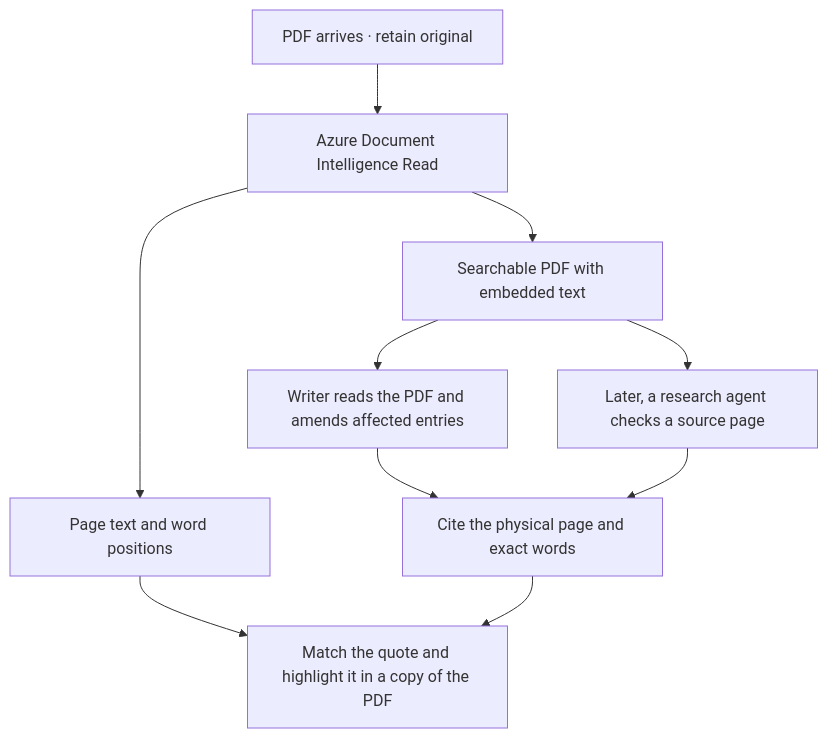
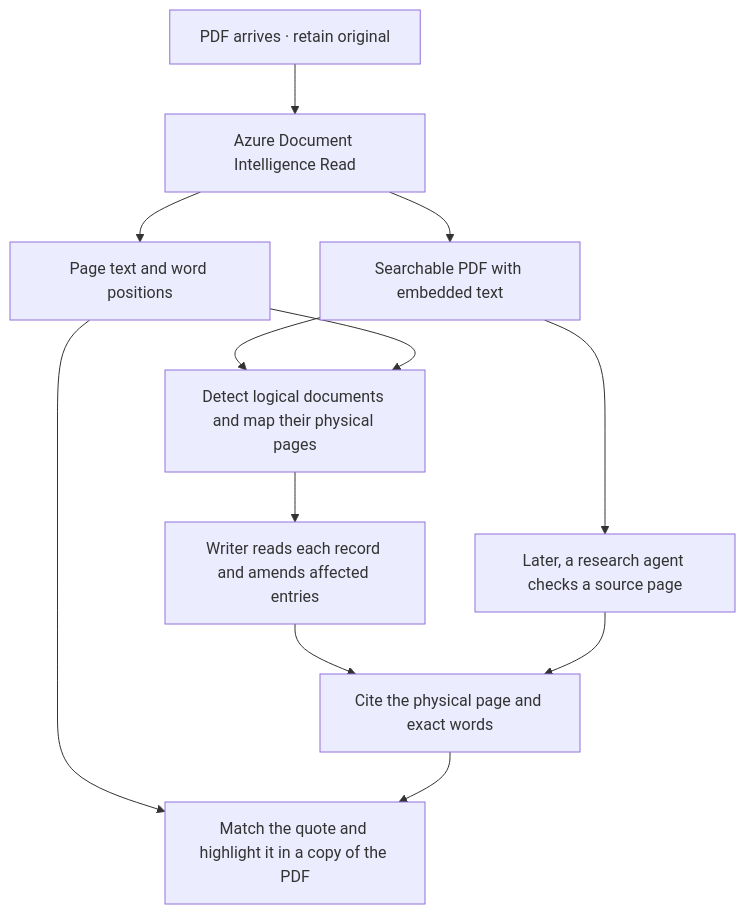
Before and after one commit to LenDoStuff/documents2wiki: the diagram in approach/ingestion.md, drawn with Mermaid. The commit also changed other lines of this file and 11 other files, not shown here.

````diff
--- a/approach/ingestion.md
+++ b/approach/ingestion.md
@@ -7,12 +9,14 @@
 ```mermaid
 flowchart TD
     P["PDF arrives · retain original"] --> R["Azure Document Intelligence Read"]
     R --> F["Searchable PDF with embedded text"]
     R --> T["Page text and word positions"]
-    F --> W["Writer reads the PDF and amends affected entries"]
+    F --> B["Detect logical documents and map their physical pages"]
+    T --> B
+    B --> W["Writer reads each record and amends affected entries"]
     F --> A["Later, a research agent checks a source page"]
     W --> C["Cite the physical page and exact words"]
     A --> C
     T --> H["Match the quote and highlight it in a copy of the PDF"]
     C --> H
 ```
````
